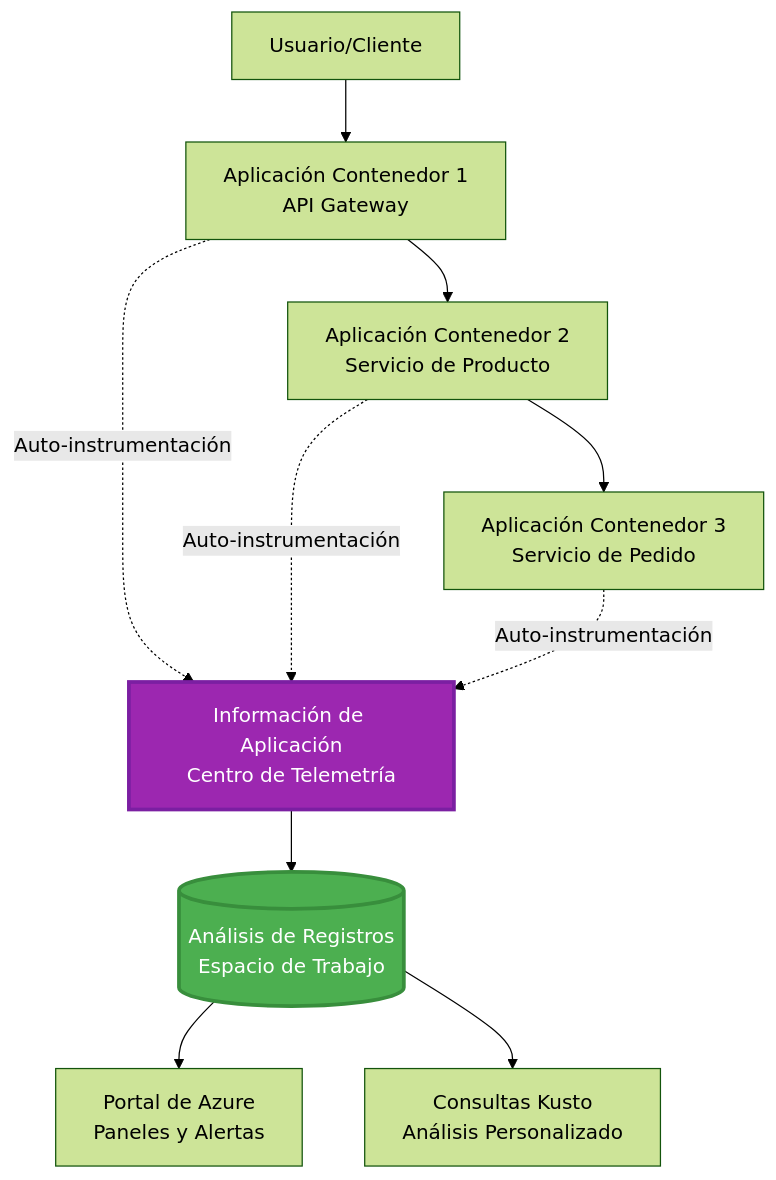
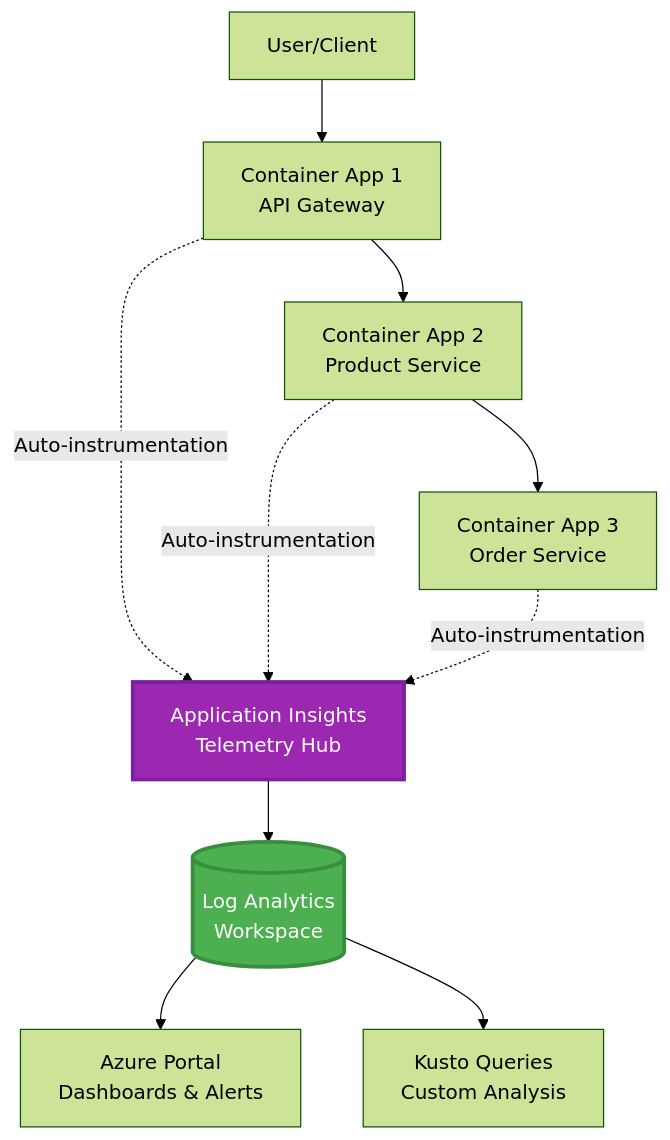
The first of 2 diagrams in translations/es/docs/chapter-06-pre-deployment/application-insights.md (microsoft/AZD-for-beginners), drawn with Mermaid (forest theme) before and after one commit. The commit also changed other lines of this file and 156 other files, not shown here.

````diff
--- a/translations/es/docs/chapter-06-pre-deployment/application-insights.md
+++ b/translations/es/docs/chapter-06-pre-deployment/application-insights.md
@@ -58,28 +58,28 @@
 ```mermaid
 graph TB
-    User[Usuario/Cliente]
-    App1[Aplicación Contenedor 1<br/>API Gateway]
-    App2[Aplicación Contenedor 2<br/>Servicio de Producto]
-    App3[Aplicación Contenedor 3<br/>Servicio de Pedido]
+    User[User/Client]
+    App1[Container App 1<br/>API Gateway]
+    App2[Container App 2<br/>Product Service]
+    App3[Container App 3<br/>Order Service]
     
-    AppInsights[Información de Aplicación<br/>Centro de Telemetría]
-    LogAnalytics[(Análisis de Registros<br/>Espacio de Trabajo)]
+    AppInsights[Application Insights<br/>Telemetry Hub]
+    LogAnalytics[(Log Analytics<br/>Workspace)]
     
-    Portal[Portal de Azure<br/>Paneles y Alertas]
-    Query[Consultas Kusto<br/>Análisis Personalizado]
+    Portal[Azure Portal<br/>Dashboards & Alerts]
+    Query[Kusto Queries<br/>Custom Analysis]
     
     User --> App1
     App1 --> App2
     App2 --> App3
     
-    App1 -.->|Auto-instrumentación| AppInsights
-    App2 -.->|Auto-instrumentación| AppInsights
-    App3 -.->|Auto-instrumentación| AppInsights
+    App1 -.->|Auto-instrumentation| AppInsights
+    App2 -.->|Auto-instrumentation| AppInsights
+    App3 -.->|Auto-instrumentation| AppInsights
     
     AppInsights --> LogAnalytics
     LogAnalytics --> Portal
     LogAnalytics --> Query
     
     style AppInsights fill:#9C27B0,stroke:#7B1FA2,stroke-width:3px,color:#fff
     style LogAnalytics fill:#4CAF50,stroke:#388E3C,stroke-width:3px,color:#fff
 ```
````
